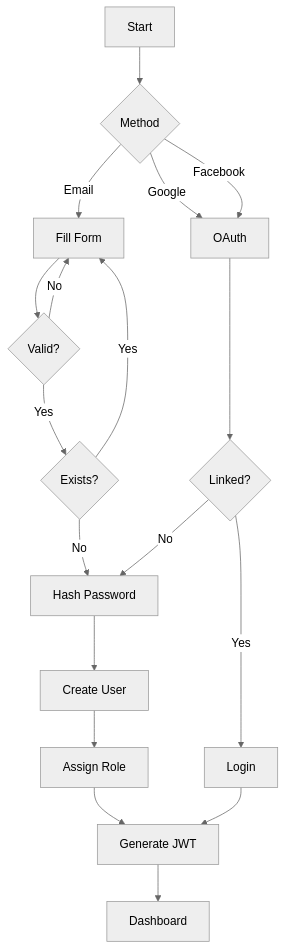
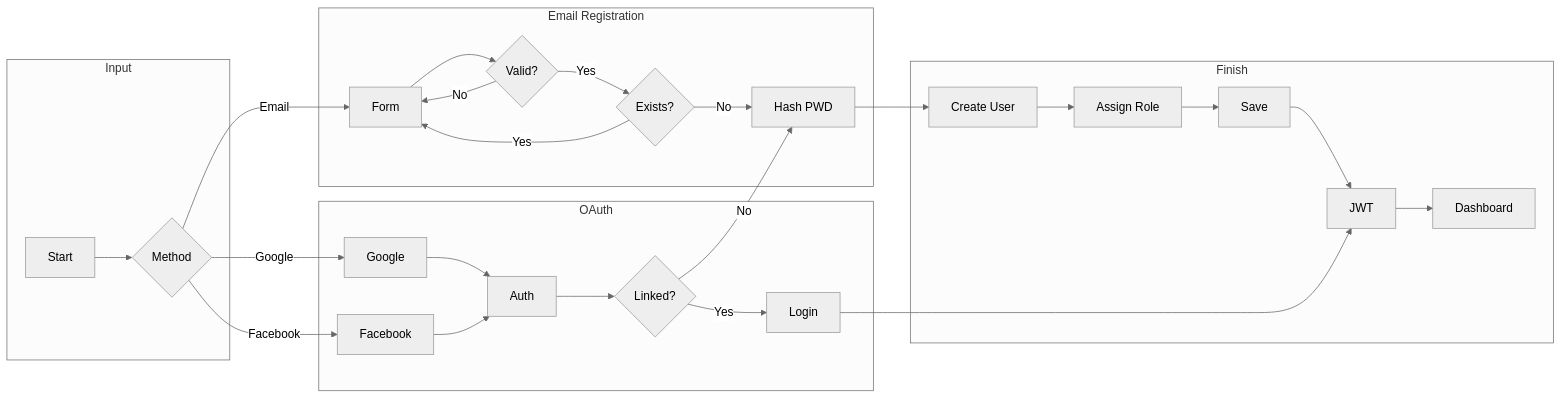
Before and after one commit to coded-with-aryan0426/gym-management-system-fullstack: the first of 14 diagrams in docs/workflows.md, drawn with Mermaid (neutral theme). The commit also changed other lines of this file and 16 other files, not shown here.

````diff
--- a/docs/workflows.md
+++ b/docs/workflows.md
@@ -7,24 +7,34 @@
 ```mermaid
-flowchart TB
-    A[Start] --> B{Method}
+flowchart LR
+    subgraph Input
+        A[Start] --> B{Method}
+    end
     
-    B -->|Email| C[Fill Form]
-    B -->|Google| D[OAuth]
-    B -->|Facebook| D
+    subgraph EmailPath[Email Registration]
+        B -->|Email| C[Form]
+        C --> D{Valid?}
+        D -->|No| C
+        D -->|Yes| E{Exists?}
+        E -->|Yes| C
+        E -->|No| F[Hash PWD]
+    end
     
-    C --> E{Valid?}
-    E -->|No| C
-    E -->|Yes| F{Exists?}
-    F -->|Yes| C
-    F -->|No| G[Hash Password]
+    subgraph OAuthPath[OAuth]
+        B -->|Google| G[Google]
+        B -->|Facebook| H[Facebook]
+        G --> I[Auth]
+        H --> I
+        I --> J{Linked?}
+        J -->|No| F
+        J -->|Yes| K[Login]
+    end
     
-    D --> H{Linked?}
-    H -->|Yes| I[Login]
-    H -->|No| G
-    
-    G --> J[Create User]
-    J --> K[Assign Role]
-    K --> L[Generate JWT]
-    I --> L
-    L --> M[Dashboard]
+    subgraph Finish
+        F --> L[Create User]
+        L --> M[Assign Role]
+        M --> N[Save]
+        N --> O[JWT]
+        K --> O
+        O --> P[Dashboard]
+    end
 ```
````
